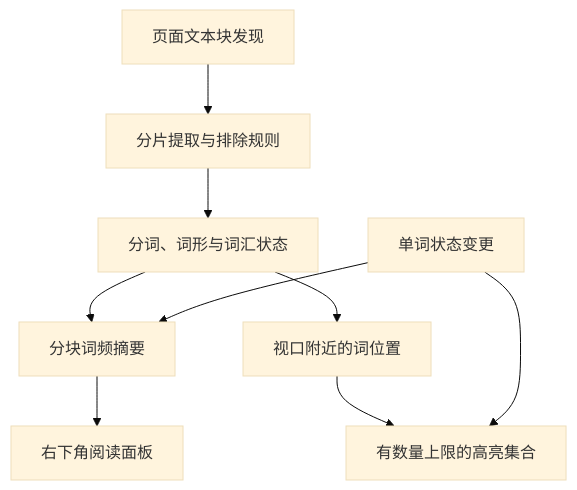
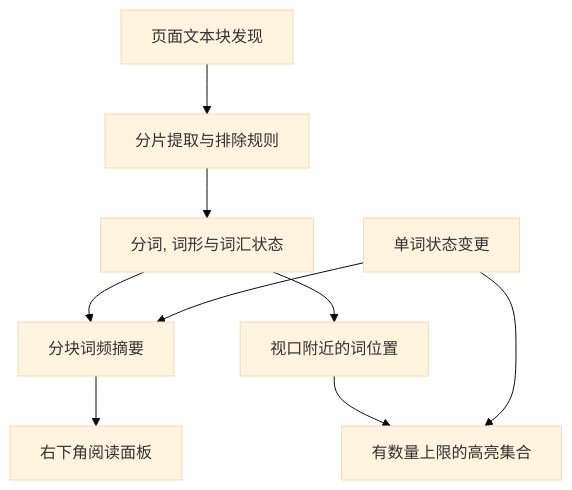
Before and after one commit to XFZAIMFQ/XGloss: the diagram in PROJECT_PLAN.md, drawn with Mermaid (base theme). The commit also changed other lines of this file and 47 other files, not shown here.

````diff
--- a/PROJECT_PLAN.md
+++ b/PROJECT_PLAN.md
@@ -70,11 +70,11 @@
 ```mermaid
 flowchart TD
     A[页面文本块发现] --> B[分片提取与排除规则]
-    B --> C[分词、词形与词汇状态]
+    B --> C[分词, 词形与词汇状态]
     C --> D[分块词频摘要]
     C --> E[视口附近的词位置]
     D --> F[右下角阅读面板]
     E --> G[有数量上限的高亮集合]
     H[单词状态变更] --> D
     H --> G
 ```
````
